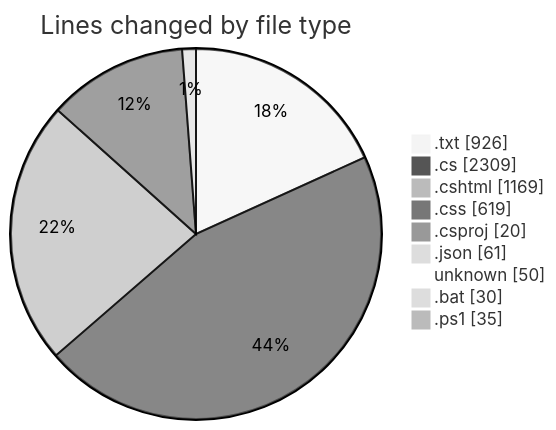
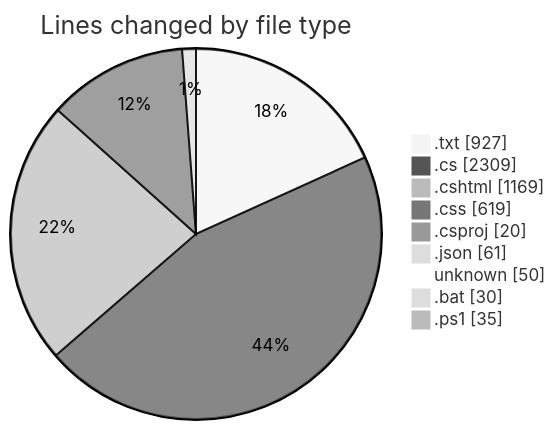
The first of 2 diagrams in 2025-07-26/quanlyrapchieuphim-1/README.md (lephambinh05/code-tracking), drawn with Mermaid (neutral theme) before and after one commit. The commit also changed other lines of this file and 1 other file, not shown here.

````diff
--- a/2025-07-26/quanlyrapchieuphim-1/README.md
+++ b/2025-07-26/quanlyrapchieuphim-1/README.md
@@ -37,13 +37,13 @@
 ```mermaid
 pie showData
 title Lines changed by file type
-".txt" : 926
+".txt" : 927
 ".cs" : 2309
 ".cshtml" : 1169
 ".css" : 619
 ".csproj" : 20
 ".json" : 61
 "unknown" : 50
 ".bat" : 30
 ".ps1" : 35
 ```
````
